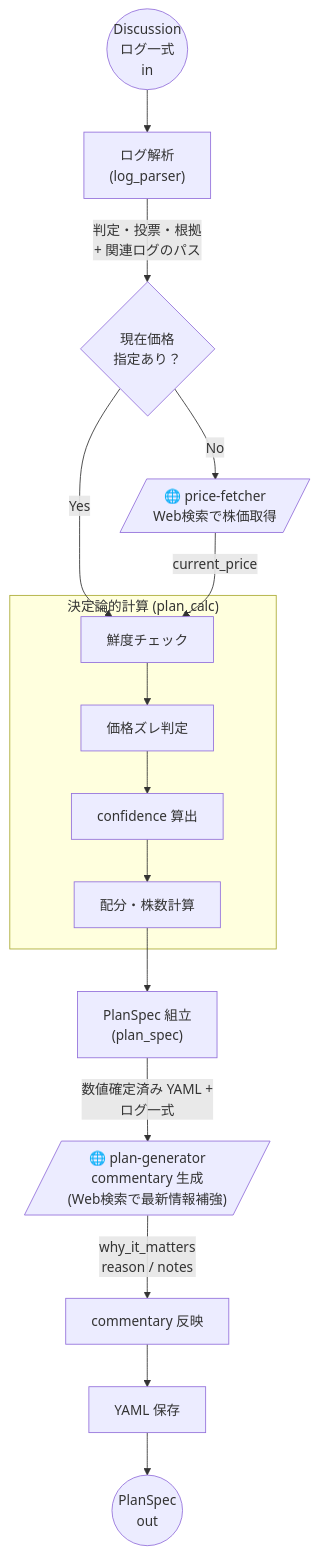
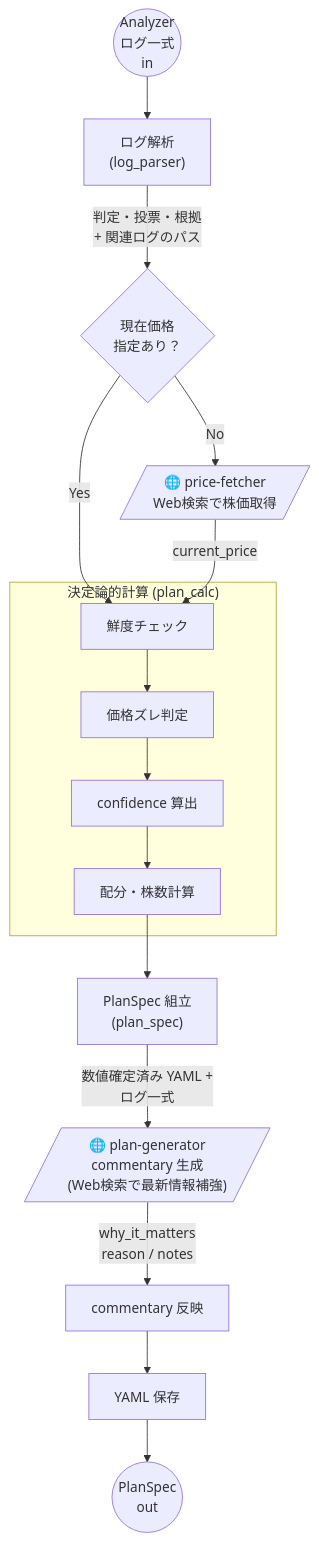
Before and after one commit to oSUiMiNo/Kabu-Trading1: the diagram in Planning/MyDocs/workflow.md, drawn with Mermaid. The commit also changed 92 other files, not shown here.

````diff
--- a/Planning/MyDocs/workflow.md
+++ b/Planning/MyDocs/workflow.md
@@ -3,28 +3,28 @@
 ```mermaid
 flowchart TB
-    in((Discussion<br>ログ一式<br>in))
+    in((Analyzer<br>ログ一式<br>in))
 
     in --> LP["ログ解析<br>(log_parser)"]
 
     LP --> |"判定・投票・根拠<br>+ 関連ログのパス"| PC{"現在価格<br>指定あり？"}
 
     PC --> |No| PF[/"🌐 price-fetcher<br>Web検索で株価取得"/]
     PC --> |Yes| C1
 
     PF --> |"current_price"| C1
 
     subgraph CALC ["決定論的計算 (plan_calc)"]
         C1["鮮度チェック"] --> C2["価格ズレ判定"]
         C2 --> C3["confidence 算出"]
         C3 --> C4["配分・株数計算"]
     end
 
     C4 --> PS["PlanSpec 組立<br>(plan_spec)"]
 
     PS --> |"数値確定済み YAML +<br>ログ一式"| PG[/"🌐 plan-generator<br>commentary 生成<br>(Web検索で最新情報補強)"/]
 
     PG --> |"why_it_matters<br>reason / notes"| MG["commentary 反映"]
 
     MG --> OUT["YAML 保存"]
     OUT --> out((PlanSpec<br>out))
 ```
````
